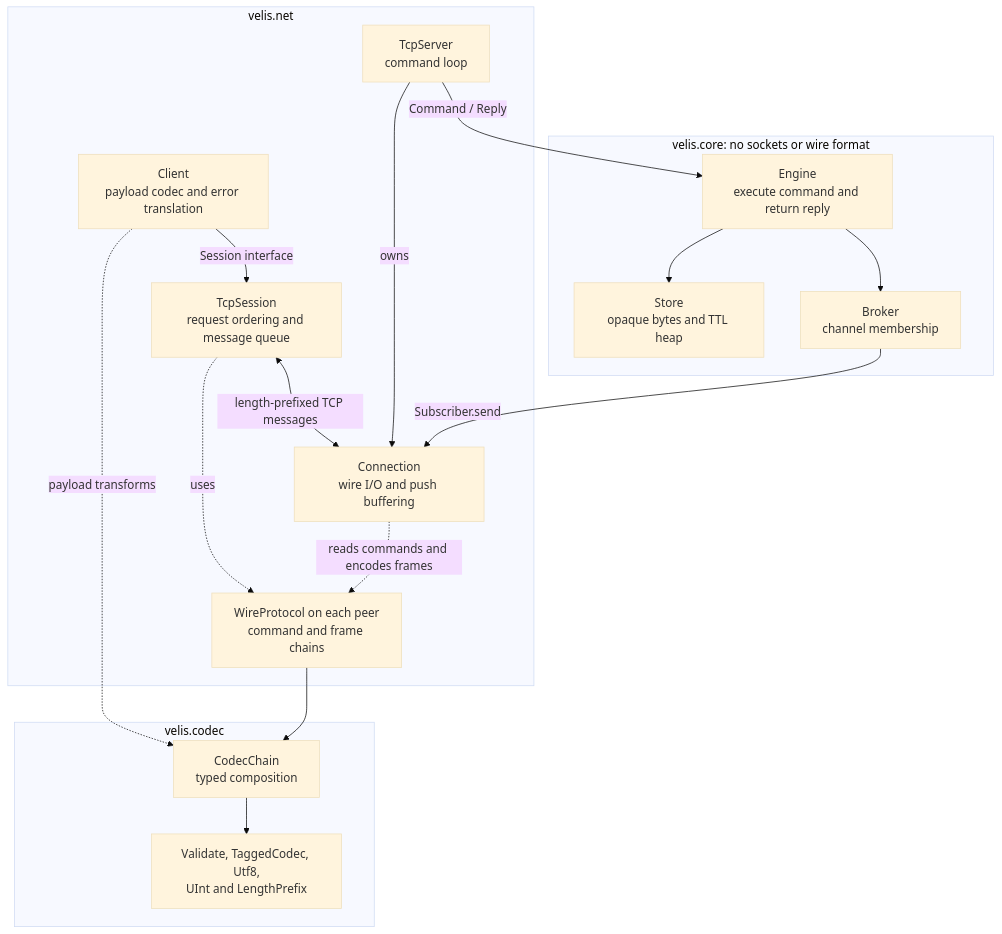
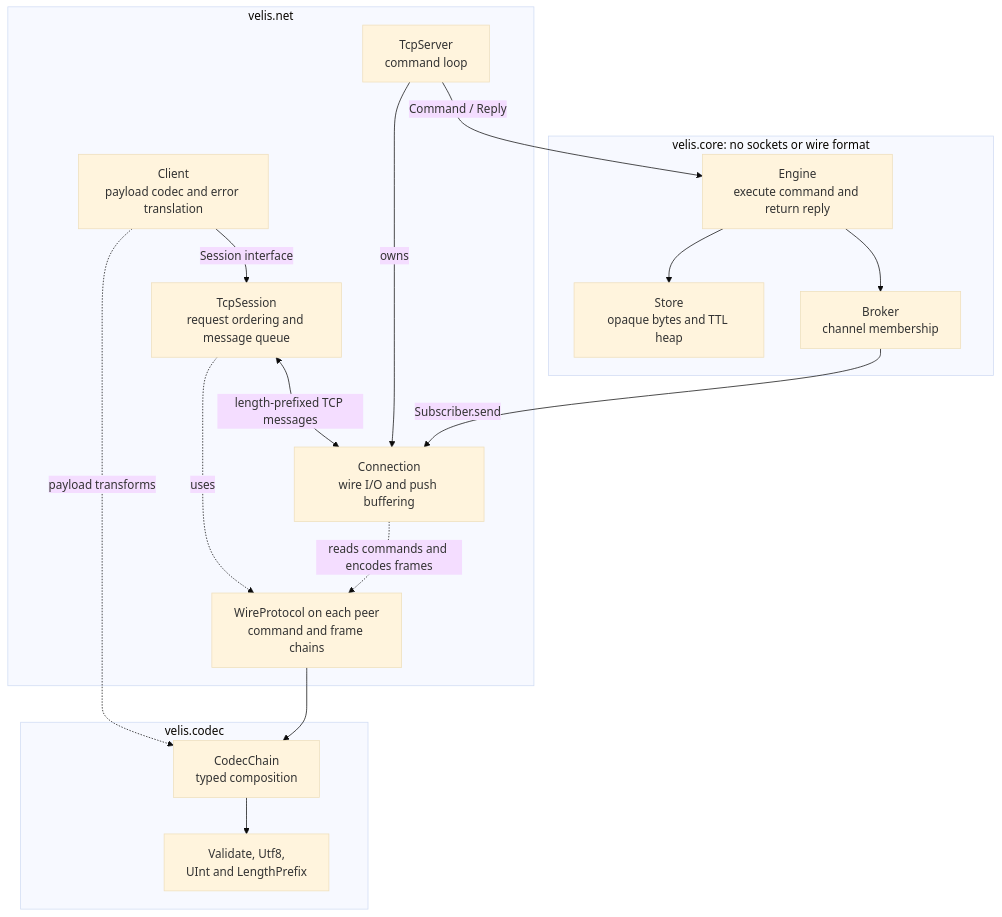
Before and after one commit to gchape/velis: the first of 6 diagrams in README.md, drawn with Mermaid (base theme). The commit also changed other lines of this file and 29 other files, not shown here.

````diff
--- a/README.md
+++ b/README.md
@@ -87,34 +87,34 @@
 ```mermaid
 flowchart TB
     subgraph net ["velis.net"]
         client["Client<br/>payload codec and error translation"]
         session["TcpSession<br/>request ordering and message queue"]
         server["TcpServer<br/>command loop"]
         conn["Connection<br/>wire I/O and push buffering"]
         wire["WireProtocol on each peer<br/>command and frame chains"]
     end
 
     subgraph codecs ["velis.codec"]
         chain["CodecChain<br/>typed composition"]
-        stages["Validate, TaggedCodec, Utf8,<br/>UInt and LengthPrefix"]
+        stages["Validate, Utf8,<br/>UInt and LengthPrefix"]
     end
 
     subgraph core ["velis.core: no sockets or wire format"]
         engine["Engine<br/>execute command and return reply"]
         store["Store<br/>opaque bytes and TTL heap"]
         broker["Broker<br/>channel membership"]
     end
 
     client -->|"Session interface"| session
     session <-->|"length-prefixed TCP messages"| conn
     server -->|"owns"| conn
     server -->|"Command / Reply"| engine
     session -.->|"uses"| wire
     conn -.->|"reads commands and encodes frames"| wire
     client -.->|"payload transforms"| chain
     wire --> chain
     chain --> stages
     engine --> store
     engine --> broker
     broker -->|"Subscriber.send"| conn
 ```
````
